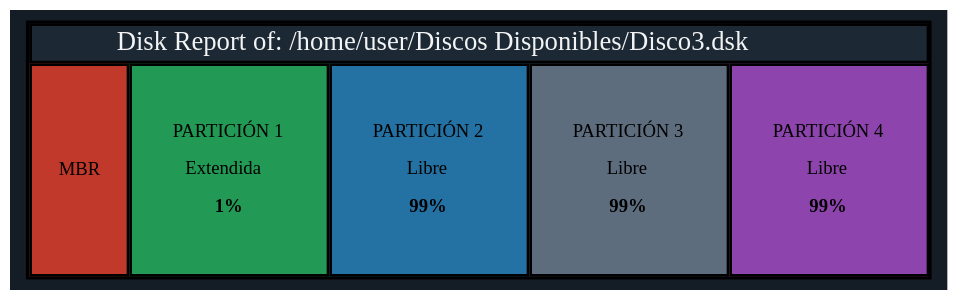
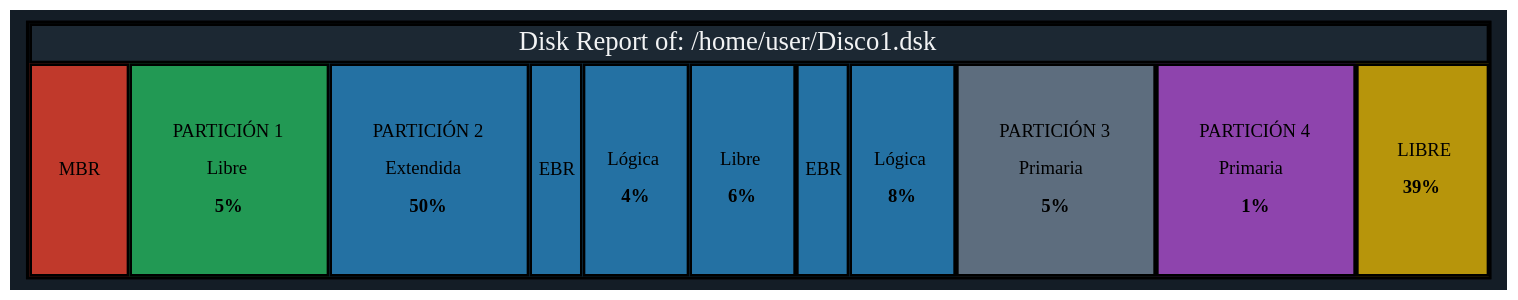
Before and after one commit to Tiwue/MIA_201903974_Proyecto1_S1_2023: the diagram in Results/report.dot, drawn with Graphviz. The commit also changed 27 other files, not shown here.

```diff
--- a/Results/report.dot
+++ b/Results/report.dot
@@ -1,25 +1,33 @@
 digraph G {
 graph[bgcolor="#141D26" margin=0]
 rankdir="TB";
 node [shape=plaintext fontname= "Ubuntu" fontsize="14"];
 edge [style="invis"];
 
 "Disk report" [ label = <<TABLE CELLBORDER="2" BGCOLOR="BLACK" BORDER="2" COLOR="BLACK"  CELLSPACING="0">
 
-<TR><TD BGCOLOR="#1c2833" COLSPAN="100"><FONT POINT-SIZE="20" COLOR="#f2f3f4">Disk Report of: /home/user/Discos Disponibles/Disco3.dsk</FONT></TD></TR><TR>
+<TR><TD BGCOLOR="#1c2833" COLSPAN="100"><FONT POINT-SIZE="20" COLOR="#f2f3f4">Disk Report of: /home/user/Disco1.dsk</FONT></TD></TR><TR>
 
 <TD HEIGHT="150" WIDTH="75" BGCOLOR="#c0392b">MBR</TD>
 
-<TD HEIGHT="160" WIDTH="150" BGCOLOR="#229954">PARTICIÓN 1<br/><br/>Extendida<br/><br/><b>1%</b><br/></TD>
+<TD HEIGHT="160" WIDTH="150" BGCOLOR="#229954">PARTICIÓN 1<br/><br/>Libre<br/><br/><b>5%</b><br/></TD>
 
-<TD HEIGHT="160" WIDTH="150" BGCOLOR="#2471a3">PARTICIÓN 2<br/><br/>Libre<br/><br/><b>99%</b><br/></TD>
+<TD HEIGHT="160" WIDTH="150" BGCOLOR="#2471a3">PARTICIÓN 2<br/><br/>Extendida<br/><br/><b>50%</b><br/></TD>
 
-<TD HEIGHT="160" WIDTH="150" BGCOLOR="#5d6d7e">PARTICIÓN 3<br/><br/>Libre<br/><br/><b>99%</b><br/></TD>
+<TD HEIGHT="160" WIDTH="40" BGCOLOR="#2471a3">EBR</TD><TD HEIGHT="160" WIDTH="80" BGCOLOR="#2471a3"><br/>Lógica<br/><br/><b>4%</b><br/></TD>
 
-<TD HEIGHT="160" WIDTH="150" BGCOLOR="#8e44ad">PARTICIÓN 4<br/><br/>Libre<br/><br/><b>99%</b><br/></TD>
+<TD HEIGHT="160" WIDTH="80" BGCOLOR="#2471a3"><br/>Libre<br/><br/><b>6%</b><br/></TD>
+
+<TD HEIGHT="160" WIDTH="40" BGCOLOR="#2471a3">EBR</TD><TD HEIGHT="160" WIDTH="80" BGCOLOR="#2471a3"><br/>Lógica<br/><br/><b>8%</b><br/></TD>
+
+<TD HEIGHT="160" WIDTH="150" BGCOLOR="#5d6d7e">PARTICIÓN 3<br/><br/>Primaria<br/><br/><b>5%</b><br/></TD>
+
+<TD HEIGHT="160" WIDTH="150" BGCOLOR="#8e44ad">PARTICIÓN 4<br/><br/>Primaria<br/><br/><b>1%</b><br/></TD>
+
+<TD HEIGHT="160" WIDTH="100" BGCOLOR="#b7950b">LIBRE<br/><br/><b>39%</b><br/></TD>
 
 
 </TR>
 
 </TABLE>>];
 }
```
